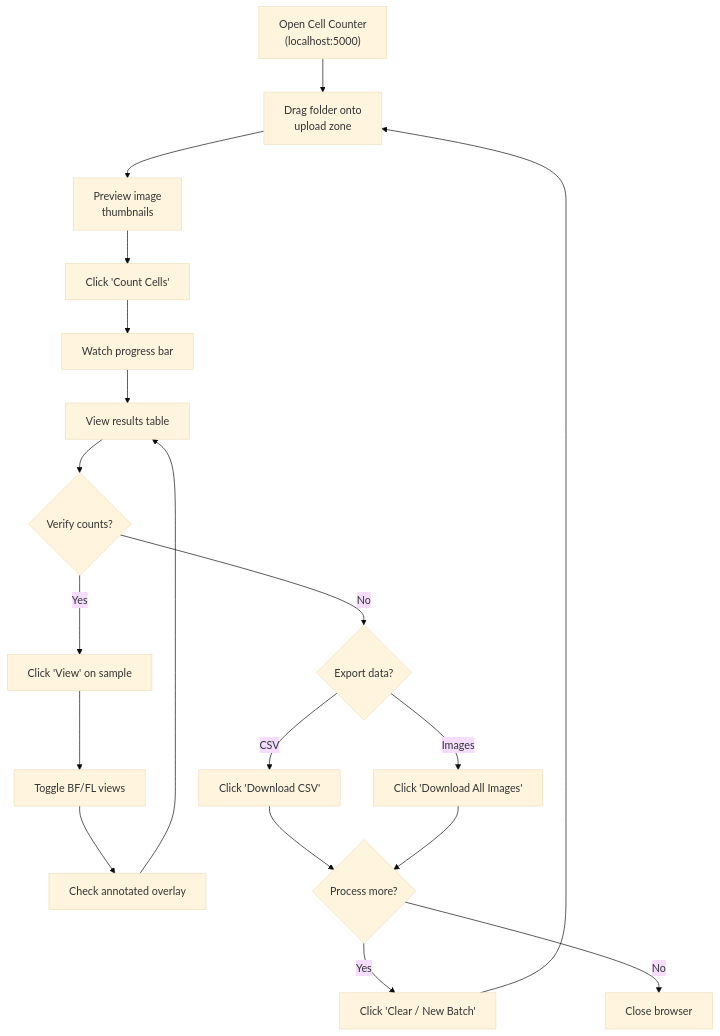
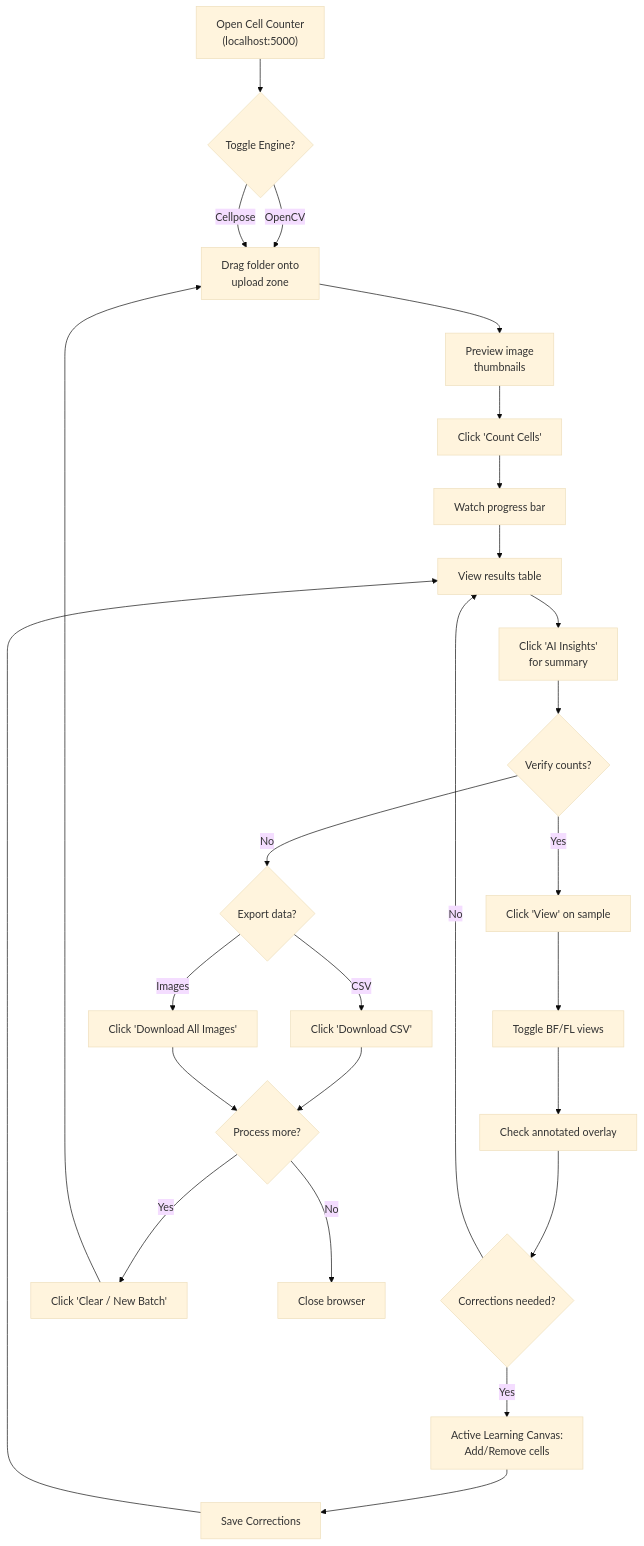
Before and after one commit to VISHNU07202003/Cell-Counter: the first of 2 diagrams in UXD/D5_Design_Artifacts.md, drawn with Mermaid (base theme). The commit also changed other lines of this file and 11 other files, not shown here.

````diff
--- a/UXD/D5_Design_Artifacts.md
+++ b/UXD/D5_Design_Artifacts.md
@@ -205,21 +205,28 @@
 ```mermaid
 flowchart TD
-    A["Open Cell Counter\n(localhost:5000)"] --> B["Drag folder onto\nupload zone"]
+    A["Open Cell Counter\n(localhost:5000)"] --> Z{"Toggle Engine?"}
+    Z -->|OpenCV| B["Drag folder onto\nupload zone"]
+    Z -->|Cellpose| B
     B --> C["Preview image\nthumbnails"]
     C --> D["Click 'Count Cells'"]
     D --> E["Watch progress bar"]
     E --> F["View results table"]
-    F --> G{"Verify counts?"}
+    F --> AI["Click 'AI Insights'\nfor summary"]
+    AI --> G{"Verify counts?"}
     G -->|Yes| H["Click 'View' on sample"]
     H --> I["Toggle BF/FL views"]
     I --> J["Check annotated overlay"]
-    J --> F
+    J --> CORR{"Corrections needed?"}
+    CORR -->|Yes| AL["Active Learning Canvas:\nAdd/Remove cells"]
+    AL --> SAVE["Save Corrections"]
+    SAVE --> F
+    CORR -->|No| F
     G -->|No| K{"Export data?"}
     K -->|CSV| L["Click 'Download CSV'"]
     K -->|Images| M["Click 'Download All Images'"]
     L --> N{"Process more?"}
     M --> N
     N -->|Yes| O["Click 'Clear / New Batch'"]
     O --> B
     N -->|No| P["Close browser"]
 ```
````
